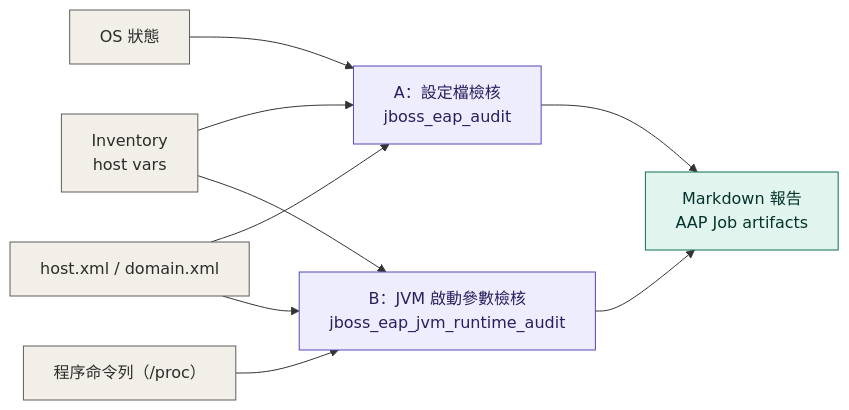
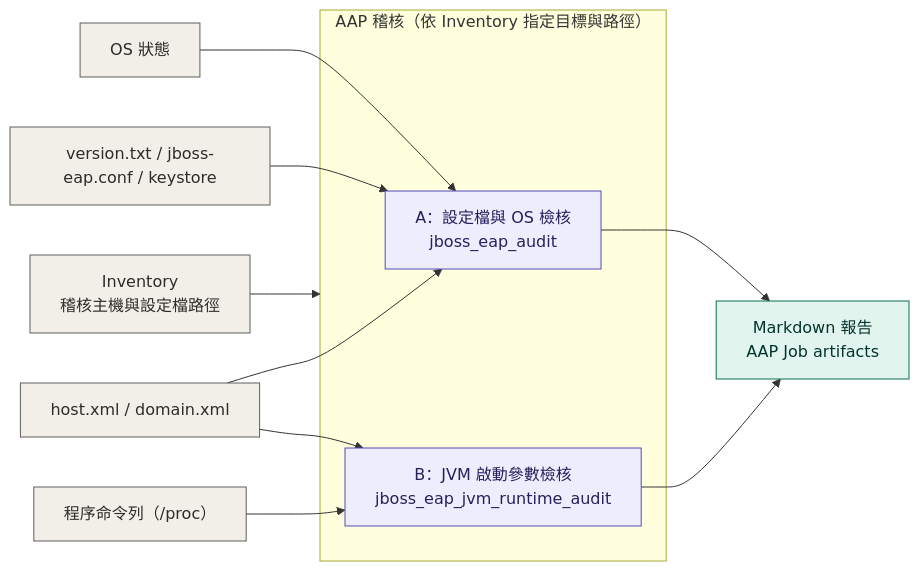
One commit to hazel-shen/jboss-eap-playbooks changed the diagram in README.md. Above: the diagram before and after it, drawn with Mermaid. The commit also changed other lines of this file, not shown here.

Commit message:
update: readme

````diff
--- a/README.md
+++ b/README.md
@@ -143,27 +143,31 @@
 ```mermaid
 flowchart LR
-    INV["Inventory<br/>host vars"]
+    INV["Inventory<br/>稽核主機與設定檔路徑"]
     OS["OS 狀態"]
     CFG["host.xml / domain.xml"]
+    AFILES["version.txt / jboss-eap.conf / keystore"]
     PROC["程序命令列（/proc）"]
 
-    A["A：設定檔檢核<br/>jboss_eap_audit"]
-    B["B：JVM 啟動參數檢核<br/>jboss_eap_jvm_runtime_audit"]
+    subgraph AUDIT["AAP 稽核（依 Inventory 指定目標與路徑）"]
+        A["A：設定檔與 OS 檢核<br/>jboss_eap_audit"]
+        B["B：JVM 啟動參數檢核<br/>jboss_eap_jvm_runtime_audit"]
+    end
 
     OUT["Markdown 報告<br/>AAP Job artifacts"]
 
-    INV --> A & B
+    INV --> AUDIT
     OS --> A
+    AFILES --> A
     CFG --> A & B
     PROC --> B
     A --> OUT
     B --> OUT
 
     classDef source fill:#F1EFE8,stroke:#5F5E5A,color:#2C2C2A
     classDef playbook fill:#EEEDFE,stroke:#534AB7,color:#26215C
     classDef output fill:#E1F5EE,stroke:#0F6E56,color:#04342C
 
-    class INV,OS,CFG,PROC source
+    class INV,OS,CFG,AFILES,PROC source
     class A,B playbook
     class OUT output
 ```
````
